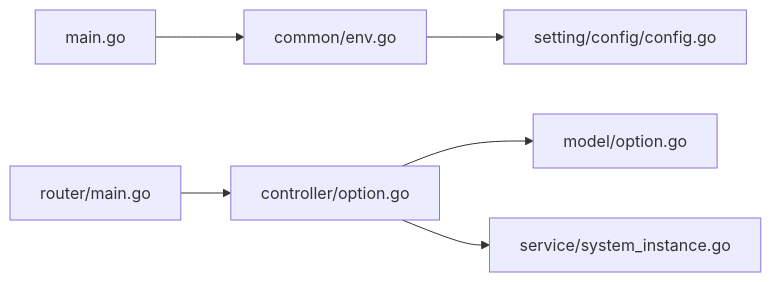
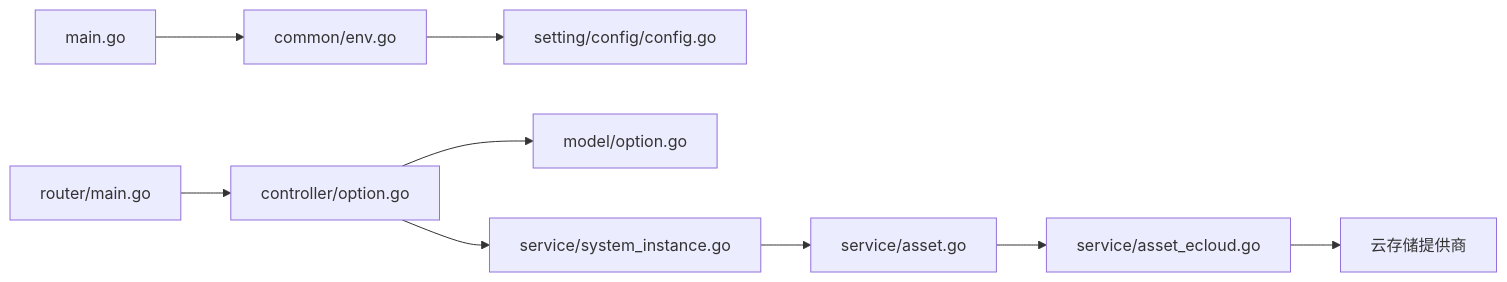
One commit to zhaodechao2008/new-api changed the fourth of 4 diagrams in .qoder/repowiki/zh/content/配置管理/配置管理.md. Above: the diagram before and after it, drawn with Mermaid. The commit also changed other lines of this file and 274 other files, not shown here.

````diff
--- a/.qoder/repowiki/zh/content/配置管理/配置管理.md
+++ b/.qoder/repowiki/zh/content/配置管理/配置管理.md
@@ -218,8 +307,11 @@
 ```mermaid
 graph LR
 Main["main.go"] --> Env["common/env.go"]
 Env --> Conf["setting/config/config.go"]
 Router["router/main.go"] --> Ctrl["controller/option.go"]
 Ctrl --> Model["model/option.go"]
 Ctrl --> Svc["service/system_instance.go"]
+Svc --> Asset["service/asset.go"]
+Asset --> Cloud["service/asset_ecloud.go"]
+Cloud --> Providers["云存储提供商"]
 ```
````
